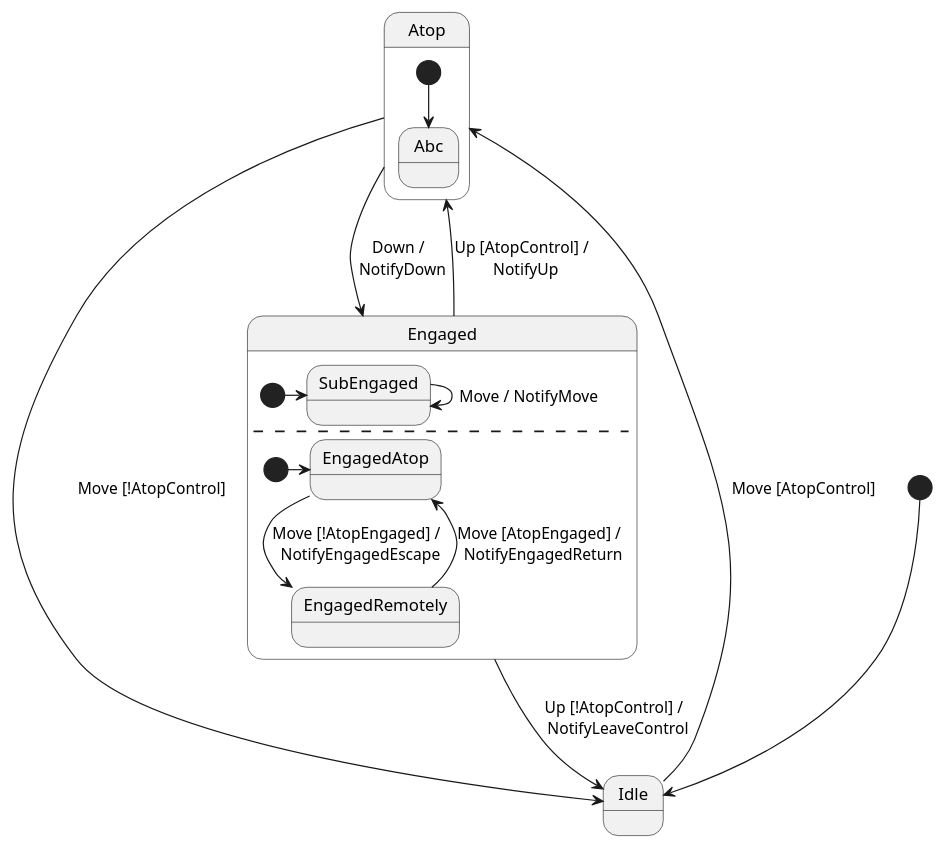
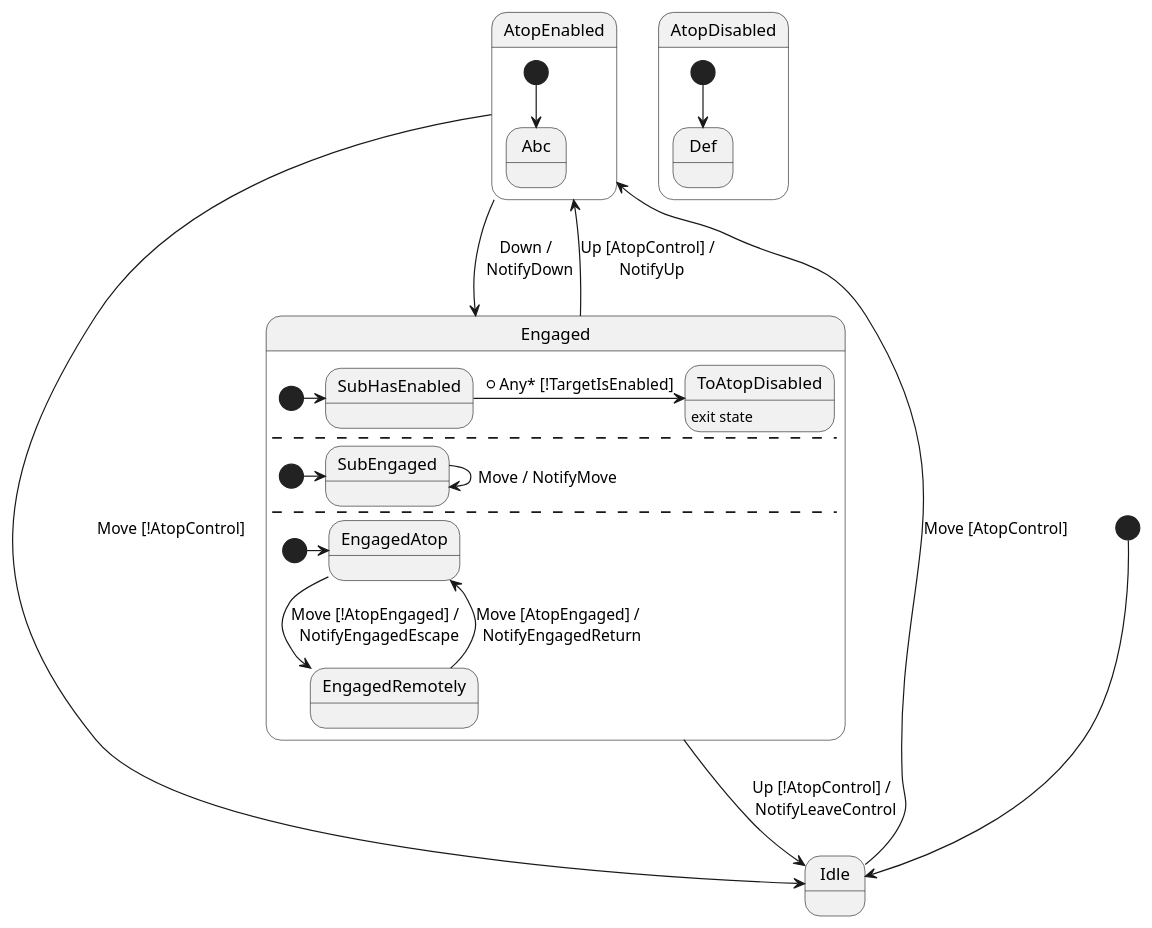
Before and after one commit to bobkocisko/libgui: the diagram in Documentation/PointerInput3.puml, drawn with PlantUML. The commit also changed 6 other files, not shown here.

```diff
--- a/Documentation/PointerInput3.puml
+++ b/Documentation/PointerInput3.puml
@@ -1,30 +1,42 @@
 @startuml
 
 [*] --> Idle
 
-Atop --> Engaged: Down / \n NotifyDown
+AtopEnabled --> Engaged: Down / \n NotifyDown
 
-Atop -> Idle: Move [!AtopControl]
+AtopEnabled -> Idle: Move [!AtopControl]
 
-Idle -> Atop: Move [AtopControl]
+Idle -> AtopEnabled: Move [AtopControl]
 
-state Atop {
+state AtopEnabled {
     [*] --> Abc
 }
 
+state AtopDisabled {
+    [*] --> Def
+}
+
 Engaged --> Idle: Up [!AtopControl] / \n NotifyLeaveControl
-Engaged --> Atop: Up [AtopControl] / \n NotifyUp
+Engaged --> AtopEnabled: Up [AtopControl] / \n NotifyUp
 
 state Engaged {
+    [*] -> SubHasEnabled
+    
+    SubHasEnabled -> ToAtopDisabled: *Any* [!TargetIsEnabled]
+
+    state ToAtopDisabled: exit state
+
+    --
+
     [*] -> SubEngaged
 
     SubEngaged --> SubEngaged: Move / NotifyMove
     --
     [*] -> EngagedAtop
     EngagedAtop --> EngagedRemotely: Move [!AtopEngaged] / \n NotifyEngagedEscape
 
     EngagedRemotely -> EngagedAtop: Move [AtopEngaged] / \n NotifyEngagedReturn
 
 }
 
 @enduml
```
